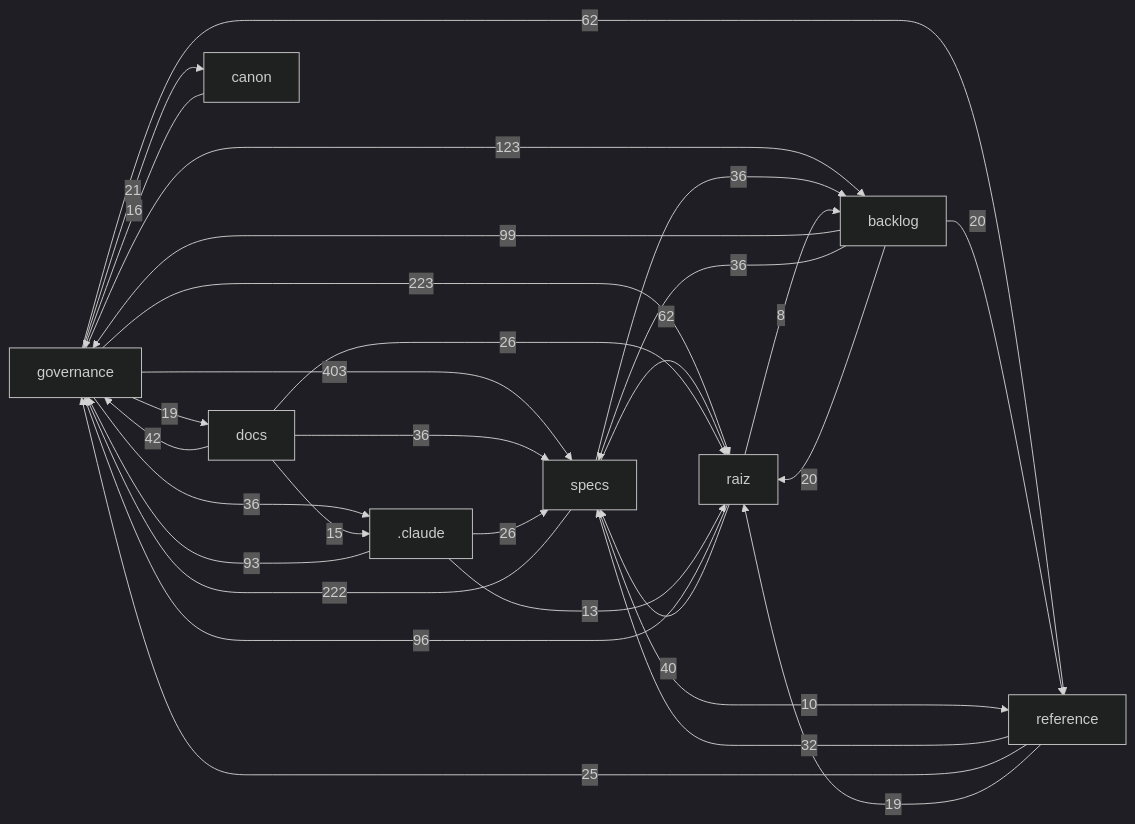
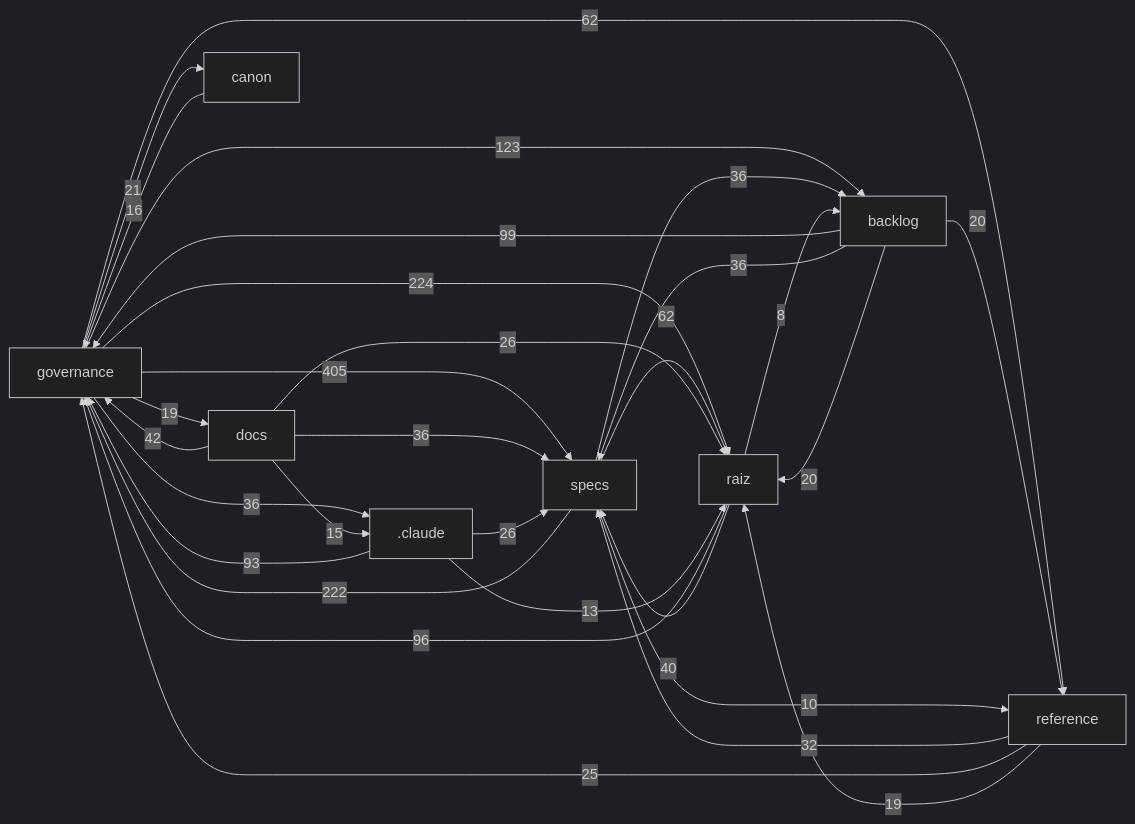
The diagram in docs/mapa/MAPA-PROJETO.md (Andraus35/Sistema-Operacional-de-Trading--SOT), drawn with Mermaid (dark theme) before and after one commit. The commit also changed other lines of this file and 2 other files, not shown here.

First line of the commit message:
docs(governance): ata-proposta DHR-AUDIT-SPEC001-001 + texto do CATALOGO (nao assinada)

````diff
--- a/docs/mapa/MAPA-PROJETO.md
+++ b/docs/mapa/MAPA-PROJETO.md
@@ -29,32 +29,32 @@
 ```mermaid
 flowchart LR
-  governance["governance"] -->|403| specs["specs"]
-  governance["governance"] -->|223| raiz["raiz"]
+  governance["governance"] -->|405| specs["specs"]
+  governance["governance"] -->|224| raiz["raiz"]
   specs["specs"] -->|222| governance["governance"]
   governance["governance"] -->|123| backlog["backlog"]
   backlog["backlog"] -->|99| governance["governance"]
   raiz["raiz"] -->|96| governance["governance"]
   _claude[".claude"] -->|93| governance["governance"]
   governance["governance"] -->|62| reference["reference"]
   specs["specs"] -->|62| raiz["raiz"]
   docs["docs"] -->|42| governance["governance"]
   raiz["raiz"] -->|40| specs["specs"]
   backlog["backlog"] -->|36| specs["specs"]
   docs["docs"] -->|36| specs["specs"]
   governance["governance"] -->|36| _claude[".claude"]
   specs["specs"] -->|36| backlog["backlog"]
   reference["reference"] -->|32| specs["specs"]
   _claude[".claude"] -->|26| specs["specs"]
   docs["docs"] -->|26| raiz["raiz"]
   reference["reference"] -->|25| governance["governance"]
   governance["governance"] -->|21| canon["canon"]
   backlog["backlog"] -->|20| raiz["raiz"]
   backlog["backlog"] -->|20| reference["reference"]
   governance["governance"] -->|19| docs["docs"]
   reference["reference"] -->|19| raiz["raiz"]
   canon["canon"] -->|16| governance["governance"]
   docs["docs"] -->|15| _claude[".claude"]
   _claude[".claude"] -->|13| raiz["raiz"]
   specs["specs"] -->|10| reference["reference"]
   raiz["raiz"] -->|8| backlog["backlog"]
 ```
````
